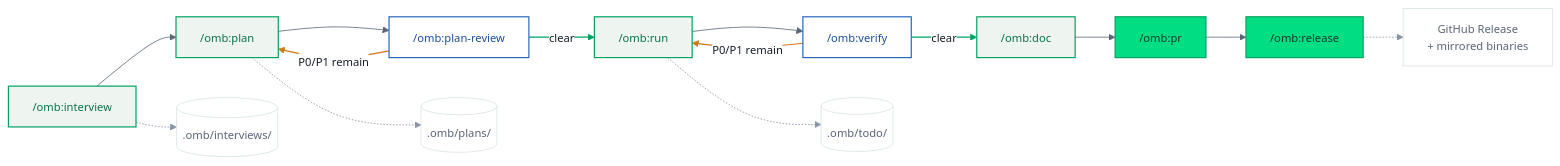
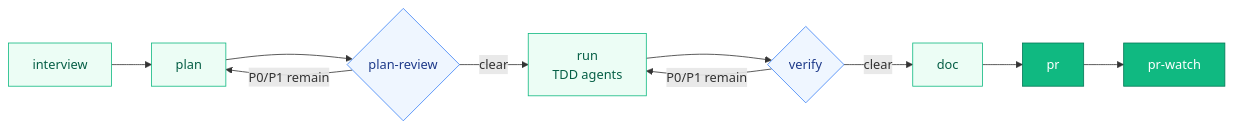
The diagram in README.md (braincrew-lab/oh-my-braincrew-release), drawn with Mermaid before and after one commit. The commit also changed other lines of this file and 3 other files, not shown here.

First line of the commit message:
docs: redesign README and README-ko with hero and architecture diagrams

````diff
--- a/README.md
+++ b/README.md
@@ -141,30 +96,16 @@
 ```mermaid
-%%{init: {"theme":"base","themeVariables":{"fontFamily":"ui-sans-serif, -apple-system, Segoe UI, sans-serif","fontSize":"14px","lineColor":"#5a6577","primaryTextColor":"#161d29","edgeLabelBackground":"#ffffff"}}}%%
 flowchart LR
-  IV["/omb:interview"] --> PL["/omb:plan"] --> PV["/omb:plan-review"]
+  IV["interview"] --> PL["plan"] --> PV{"plan-review"}
   PV -->|"P0/P1 remain"| PL
-  PV -->|"clear"| RUN["/omb:run"]
-  RUN --> VF["/omb:verify"]
+  PV -->|"clear"| RUN["run<br/>TDD agents"]
+  RUN --> VF{"verify"}
   VF -->|"P0/P1 remain"| RUN
-  VF -->|"clear"| DOC["/omb:doc"]
-  DOC --> PRC["/omb:pr"] --> REL["/omb:release"]
+  VF -->|"clear"| DOC["doc"] --> PR["pr"] --> PW["pr-watch"]
 
-  IV -.-> A1[("`.omb/interviews/`")]
-  PL -.-> A2[("`.omb/plans/`")]
-  RUN -.-> A3[("`.omb/todo/`")]
-  REL -.-> A4["GitHub Release<br/>+ mirrored binaries"]
-
-  classDef step fill:#eef4f0,stroke:#00a363,stroke-width:1.5px,color:#0a7350
-  classDef gate fill:#ffffff,stroke:#2768c7,stroke-width:1.5px,color:#1c4f9c
-  classDef ship fill:#01dd83,stroke:#00a363,stroke-width:1.5px,color:#0a3d2b
-  classDef artifact fill:#ffffff,stroke:#d9e5df,stroke-width:1px,color:#5a6577
-
+  classDef step fill:#ecfdf5,stroke:#10b981,color:#065f46
+  classDef gate fill:#eff6ff,stroke:#3b82f6,color:#1e3a8a
+  classDef ship fill:#10b981,stroke:#047857,color:#ffffff
   class IV,PL,RUN,DOC step
   class PV,VF gate
-  class PRC,REL ship
-  class A1,A2,A3,A4 artifact
-
-  linkStyle 2,5 stroke:#d17816,stroke-width:1.5px
-  linkStyle 3,6 stroke:#00a363,stroke-width:1.5px
-  linkStyle 9,10,11,12 stroke:#8a94a6,stroke-width:1px
+  class PR,PW ship
 ```
````
